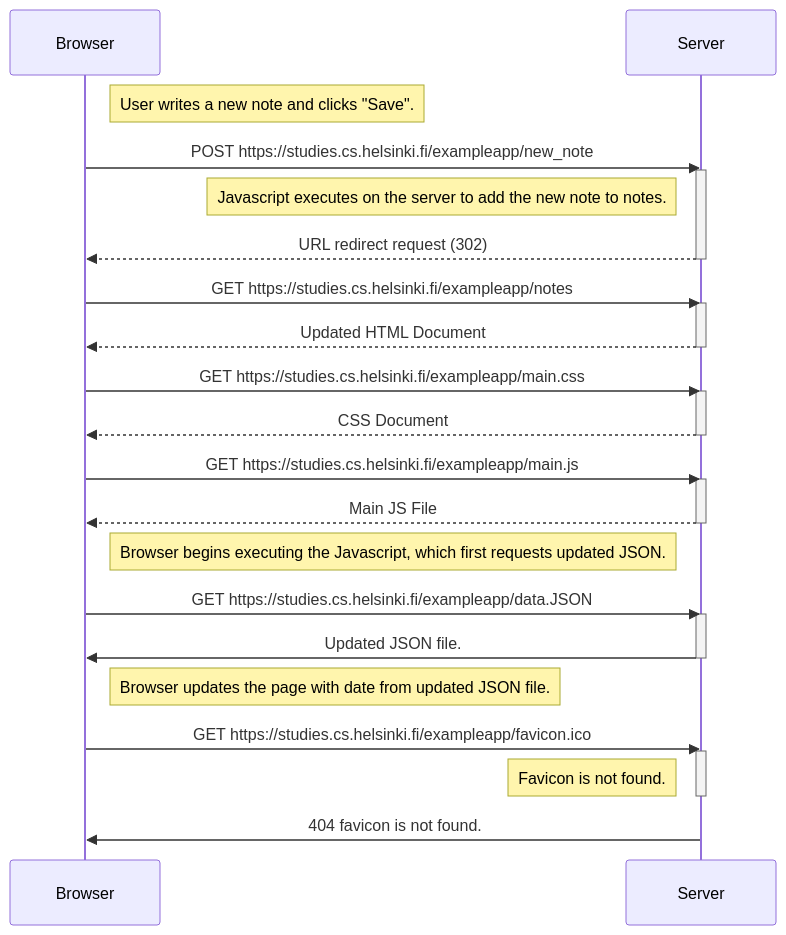
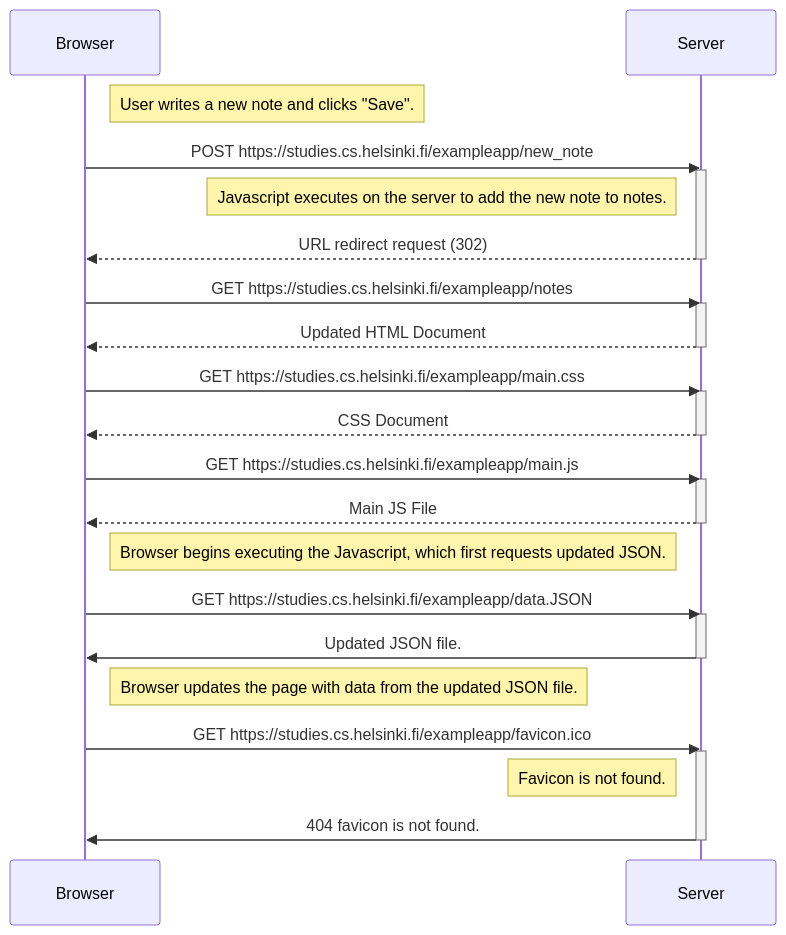
The diagram in part0/04mermaidSequenceDiagram.md (AngryShopkeeper/FullStackCourse), drawn with Mermaid before and after one commit.

Commit message:
Added some space and fixed a typo.

````diff
--- a/part0/04mermaidSequenceDiagram.md
+++ b/part0/04mermaidSequenceDiagram.md
@@ -1,34 +1,43 @@
 ```mermaid
 sequenceDiagram
     participant Browser
     participant Server
+
     note right of Browser: User writes a new note and clicks "Save".
+
     Browser->>Server: POST https://studies.cs.helsinki.fi/exampleapp/new_note
     activate Server
     note left of Server: Javascript executes on the server to add the new note to notes.
     Server-->>Browser: URL redirect request (302)
     deactivate Server
+
     Browser->>Server: GET https://studies.cs.helsinki.fi/exampleapp/notes
     activate Server
     Server-->>Browser: Updated HTML Document 
     deactivate Server
+
     Browser->>Server: GET https://studies.cs.helsinki.fi/exampleapp/main.css
     activate Server
     Server-->>Browser: CSS Document 
     deactivate Server
+
     Browser->>Server: GET https://studies.cs.helsinki.fi/exampleapp/main.js
     activate Server
     Server-->>Browser: Main JS File 
     deactivate Server
+
     note right of Browser: Browser begins executing the Javascript, which first requests updated JSON.
+
     Browser->>Server: GET https://studies.cs.helsinki.fi/exampleapp/data.JSON
     activate Server
     Server->>Browser: Updated JSON file.
     deactivate Server
-    note right of Browser: Browser updates the page with date from updated JSON file.
+
+    note right of Browser: Browser updates the page with data from the updated JSON file.
+
     Browser->>Server: GET https://studies.cs.helsinki.fi/exampleapp/favicon.ico
     activate Server
     note left of Server: Favicon is not found.
+    Server->>Browser: 404 favicon is not found.
     deactivate Server
-    Server->>Browser: 404 favicon is not found.
 ```
````
